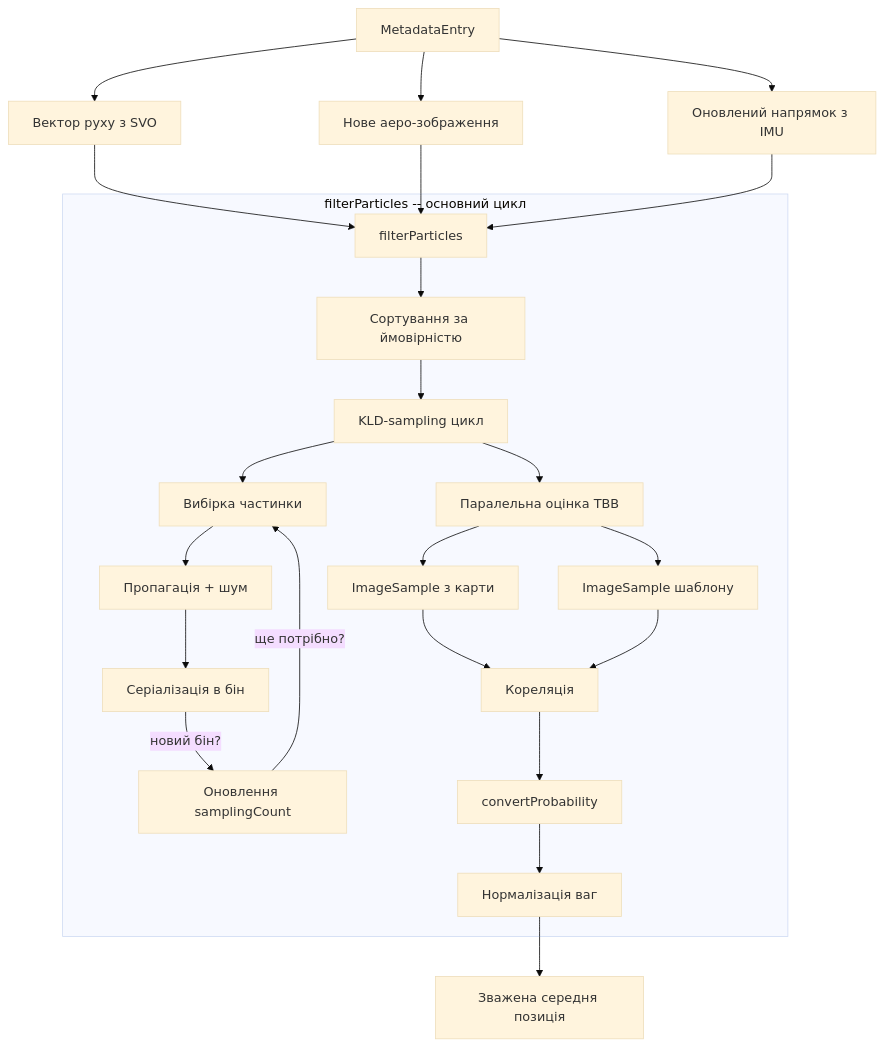
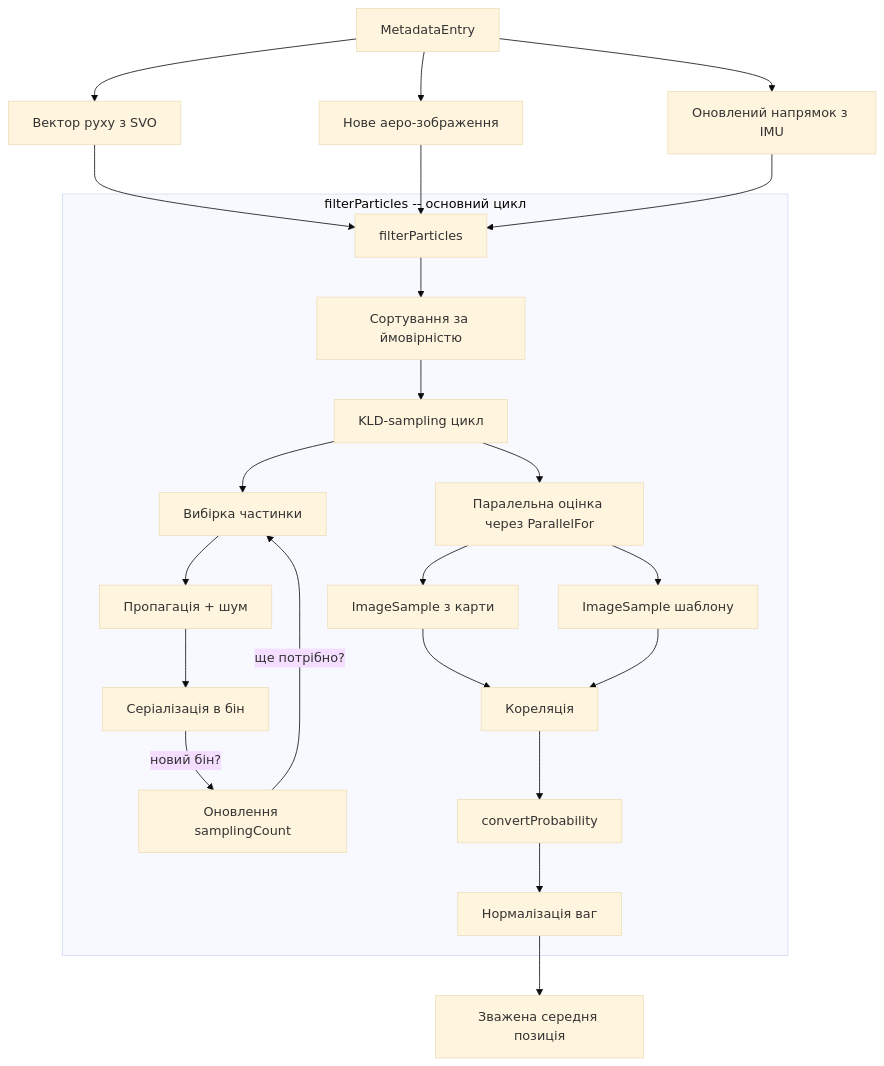
The third of 4 diagrams in docs/Architecture.md (kvadim888/particle-match), drawn with Mermaid (base theme) before and after one commit. The commit also changed other lines of this file and 14 other files, not shown here.

Commit message:
Add parallel backend adapter for TBB or std::execution

````diff
--- a/docs/Architecture.md
+++ b/docs/Architecture.md
@@ -73,31 +73,31 @@
 ```mermaid
 graph TD
     Entry[MetadataEntry] --> Movement[Вектор руху з SVO]
     Entry --> Template[Нове аеро-зображення]
     Entry --> Dir[Оновлений напрямок з IMU]
 
     Movement --> Filter[filterParticles]
     Template --> Filter
     Dir --> Filter
 
     subgraph "filterParticles -- основний цикл"
         Filter --> Sort[Сортування за ймовірністю]
         Sort --> KLD[KLD-sampling цикл]
 
         KLD --> Sample[Вибірка частинки]
         Sample --> Propagate[Пропагація + шум]
         Propagate --> Bin[Серіалізація в бін]
         Bin --> |"новий бін?"| Count[Оновлення samplingCount]
         Count --> |"ще потрібно?"| Sample
 
-        KLD --> Eval[Паралельна оцінка TBB]
+        KLD --> Eval[Паралельна оцінка через ParallelFor]
         Eval --> MapSample[ImageSample з карти]
         Eval --> TemplSample[ImageSample шаблону]
         MapSample --> Corr[Кореляція]
         TemplSample --> Corr
         Corr --> Convert[convertProbability]
         Convert --> Norm[Нормалізація ваг]
     end
 
     Norm --> Prediction[Зважена середня позиція]
 ```
````
